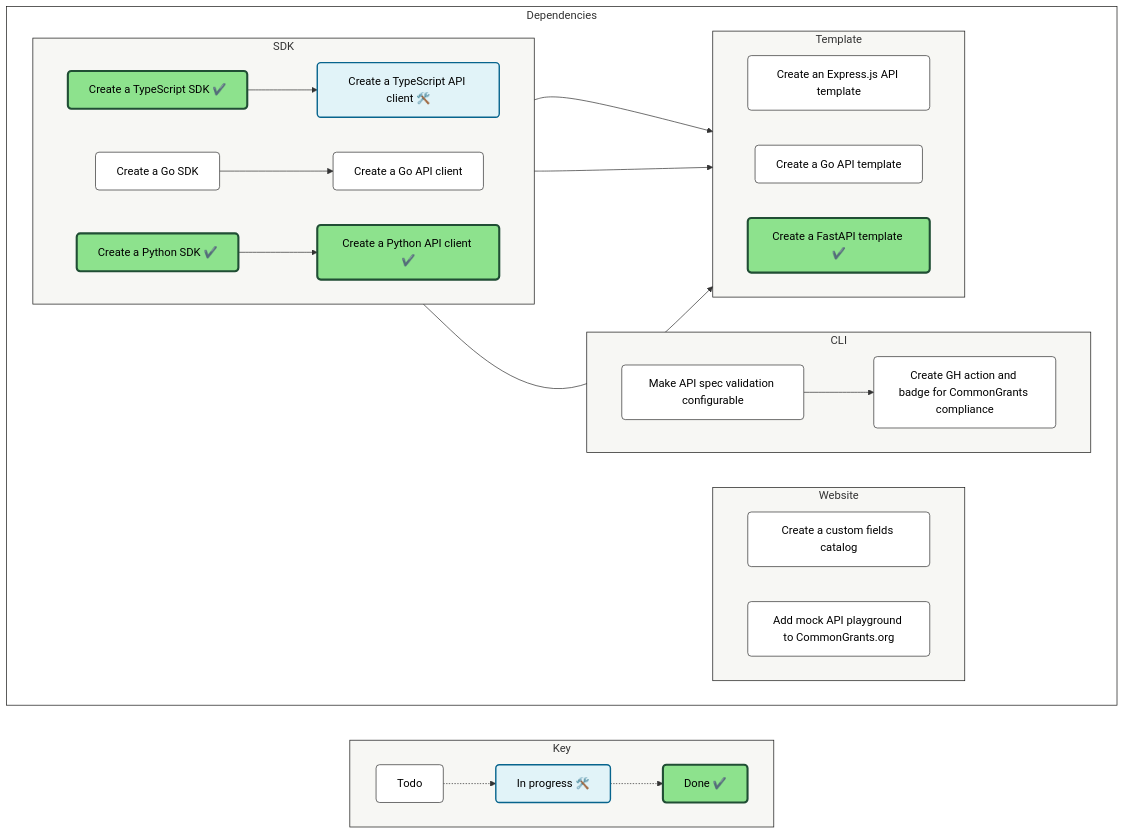
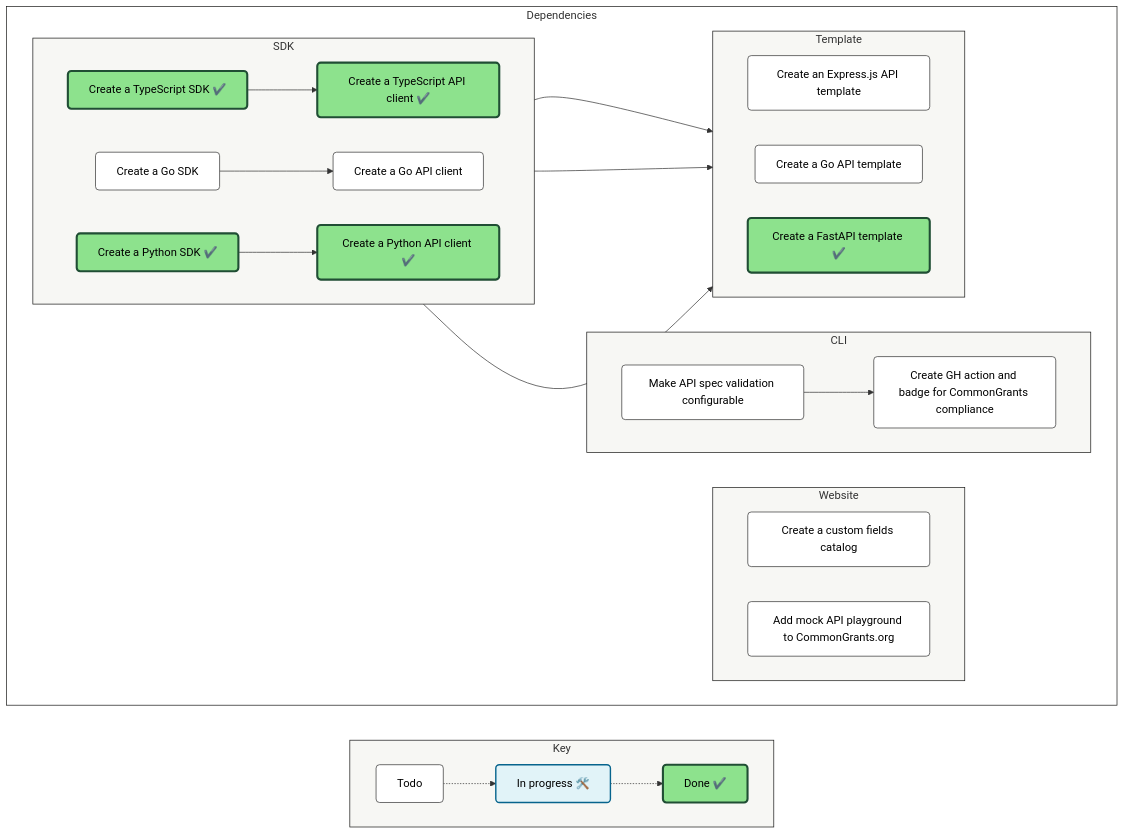
Before and after one commit to HHS/simpler-grants-protocol: the diagram in README.md, drawn with Mermaid.

Commit message:
docs: Update README with dependency diagram [skip ci]

````diff
--- a/README.md
+++ b/README.md
@@ -43,83 +43,83 @@
 ```mermaid
 
 flowchart LR
 
   %% ─────────────────────────────
   %% Styles
   %% ─────────────────────────────
   classDef default fill:#fff,stroke:#333,stroke-width:1px,color:#000,rx:5,ry:5
   classDef InProgress fill:#e1f3f8,stroke:#07648d,stroke-width:2px,color:#000
   classDef Done fill:#8DE28D,stroke:#204e34,stroke-width:3px,color:#000
   style Canvas fill:transparent,stroke:#171716
   style Legend fill:#F7F7F4,stroke:#171716
   style sdk fill:#F7F7F4,stroke:#171716
   style website fill:#F7F7F4,stroke:#171716
   style cli fill:#F7F7F4,stroke:#171716
   style template fill:#F7F7F4,stroke:#171716
 
   %% ─────────────────────────────
   %% Legend
   %% ─────────────────────────────
   subgraph Legend["Key"]
     direction LR
     k1["Todo"]
     k2["In progress 🛠️ "]:::InProgress
     k3["Done ✔️"]:::Done
 
     k1 -.-> k2 -.-> k3
   end
 
   %% ─────────────────────────────
   %% Main canvas
   %% ─────────────────────────────
   subgraph Canvas["Dependencies"]
     direction LR
 
 
     subgraph sdk["SDK"]
     direction LR
         HHS/simpler-grants-protocol#321["Create a TypeScript SDK ✔️"]:::Done
         HHS/simpler-grants-protocol#323["Create a Go SDK"]
         HHS/simpler-grants-protocol#324["Create a Python API client ✔️"]:::Done
-        HHS/simpler-grants-protocol#328["Create a TypeScript API client 🛠️"]:::InProgress
+        HHS/simpler-grants-protocol#328["Create a TypeScript API client ✔️"]:::Done
         HHS/simpler-grants-protocol#329["Create a Go API client"]
         HHS/simpler-grants-protocol#342["Create a Python SDK ✔️"]:::Done
     end
 
 
     subgraph website["Website"]
     direction LR
         HHS/simpler-grants-protocol#330["Create a custom fields catalog"]
         HHS/simpler-grants-protocol#334["Add mock API playground to CommonGrants.org"]
     end
 
 
     subgraph cli["CLI"]
     direction LR
         HHS/simpler-grants-protocol#331["Make API spec validation configurable"]
         HHS/simpler-grants-protocol#335["Create GH action and badge for CommonGrants compliance"]
     end
 
 
     subgraph template["Template"]
     direction LR
         HHS/simpler-grants-protocol#332["Create an Express.js API template"]
         HHS/simpler-grants-protocol#333["Create a Go API template"]
         HHS/simpler-grants-protocol#343["Create a FastAPI template ✔️"]:::Done
     end
 
 
     %% ─────────────────────────────
     %% Relationships
     %% ─────────────────────────────
     HHS/simpler-grants-protocol#321 --> HHS/simpler-grants-protocol#332
     HHS/simpler-grants-protocol#321 --> HHS/simpler-grants-protocol#328
     HHS/simpler-grants-protocol#323 --> HHS/simpler-grants-protocol#333
     HHS/simpler-grants-protocol#323 --> HHS/simpler-grants-protocol#329
     HHS/simpler-grants-protocol#331 --> HHS/simpler-grants-protocol#335
     HHS/simpler-grants-protocol#342 --> HHS/simpler-grants-protocol#343
     HHS/simpler-grants-protocol#342 --> HHS/simpler-grants-protocol#324
 
   end
 
 ```
````
